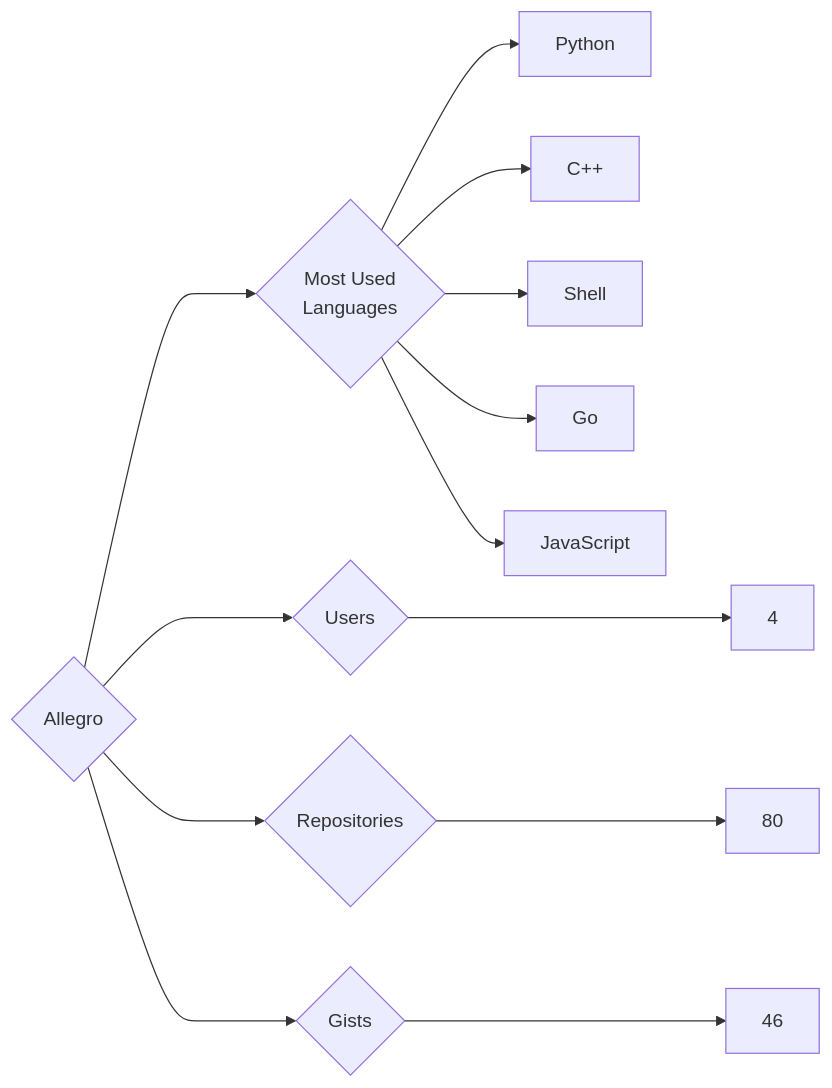
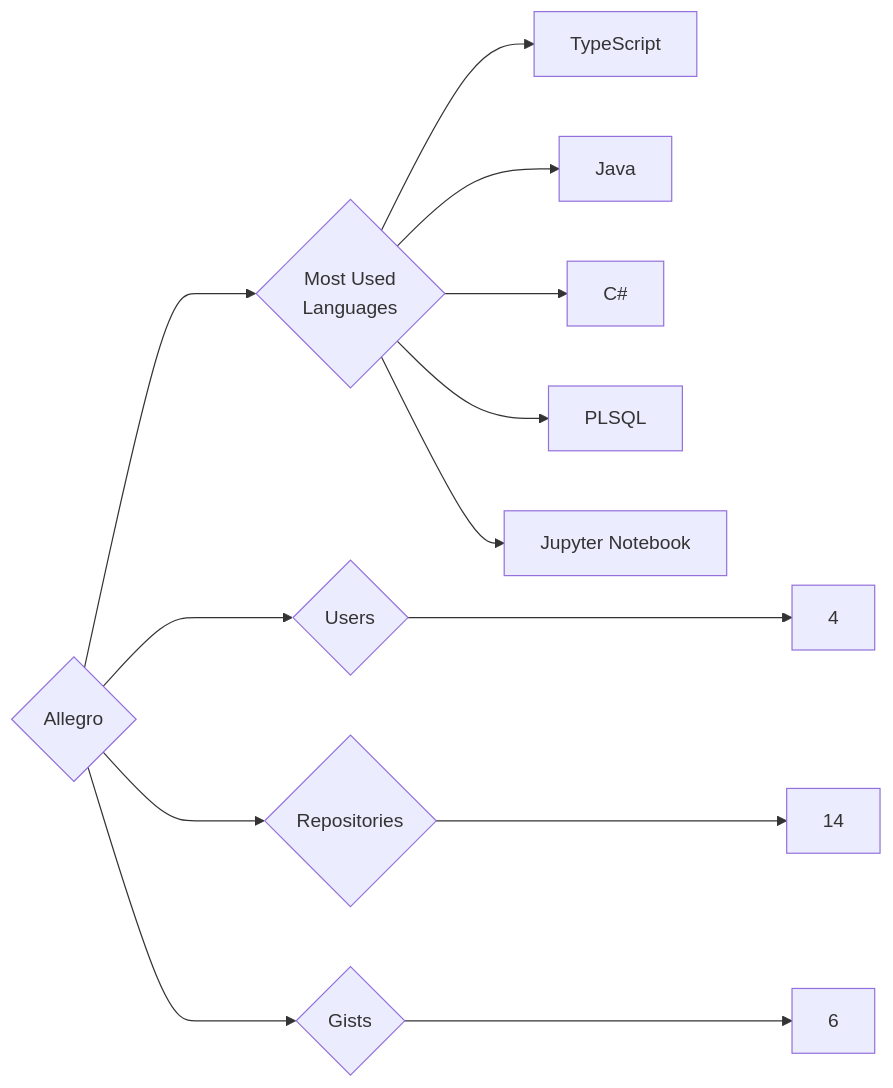
The diagram in targets/Allegro/README.md (trickest/insiders), drawn with Mermaid before and after one commit. The commit also changed 1166 other files, not shown here.

````diff
--- a/targets/Allegro/README.md
+++ b/targets/Allegro/README.md
@@ -3,13 +3,13 @@
 ```mermaid
 graph LR
 COMPANY_NAME{Allegro}
 COMPANY_NAME ---> U{Users} ---> UN[4]
-COMPANY_NAME ---> R{Repositories} ---> RN[80]
-COMPANY_NAME ---> G{Gists} ---> GN[46]
+COMPANY_NAME ---> R{Repositories} ---> RN[14]
+COMPANY_NAME ---> G{Gists} ---> GN[6]
 COMPANY_NAME ---> ML{Most Used<br>Languages}
-ML --> Python[Python]
-ML --> C++[C++]
-ML --> Shell[Shell]
-ML --> Go[Go]
-ML --> JavaScript[JavaScript]
+ML --> TypeScript[TypeScript]
+ML --> Java[Java]
+ML --> C#[C#]
+ML --> PLSQL[PLSQL]
+ML --> Jupyter_Notebook[Jupyter Notebook]
 ```
````
